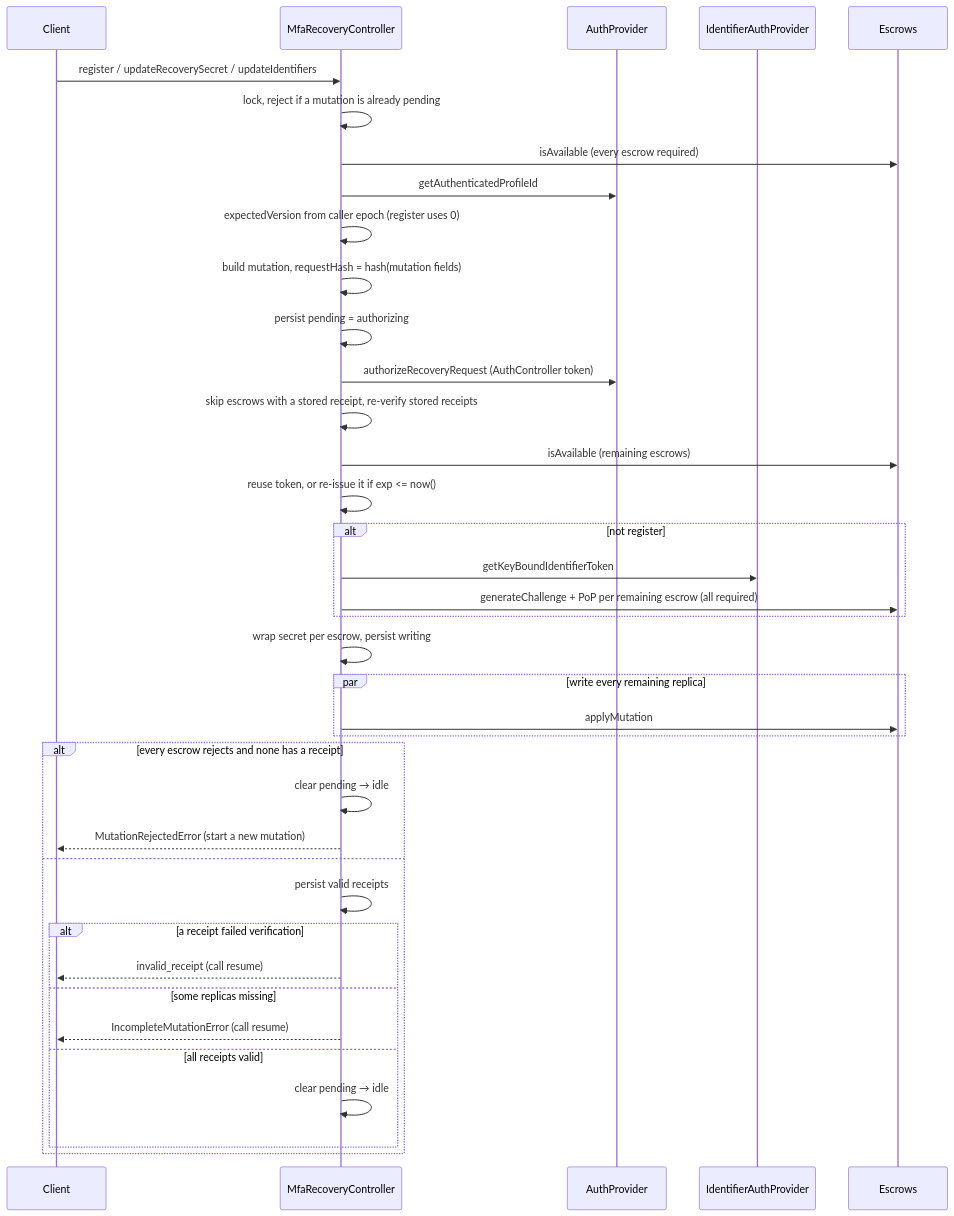
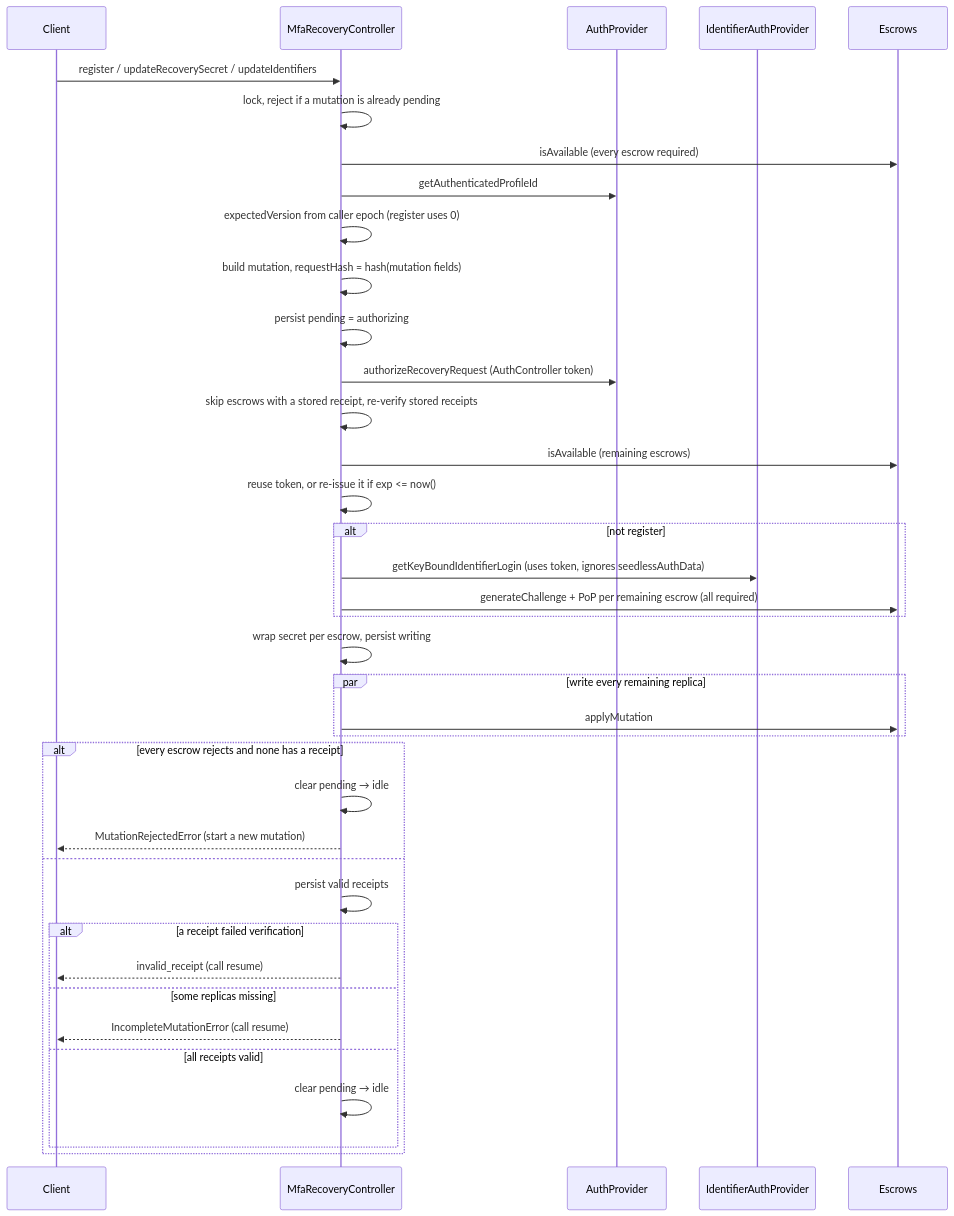
The third of 5 diagrams in packages/mfa-recovery-controller/ARCHITECTURE.md (MetaMask/controllers), drawn with Mermaid before and after one commit. The commit also changed other lines of this file and 22 other files, not shown here.

Commit message:
refactor: use single getKeyBoundIdentifierLogin and share seedless auth data types

````diff
--- a/packages/mfa-recovery-controller/ARCHITECTURE.md
+++ b/packages/mfa-recovery-controller/ARCHITECTURE.md
@@ -127,41 +127,41 @@
 ```mermaid
 sequenceDiagram
   participant C as Client
   participant M as MfaRecoveryController
   participant A as AuthProvider
   participant I as IdentifierAuthProvider
   participant E as Escrows
 
   C->>M: register / updateRecoverySecret / updateIdentifiers
   M->>M: lock, reject if a mutation is already pending
   M->>E: isAvailable (every escrow required)
   M->>A: getAuthenticatedProfileId
   M->>M: expectedVersion from caller epoch (register uses 0)
   M->>M: build mutation, requestHash = hash(mutation fields)
   M->>M: persist pending = authorizing
   M->>A: authorizeRecoveryRequest (AuthController token)
   M->>M: skip escrows with a stored receipt, re-verify stored receipts
   M->>E: isAvailable (remaining escrows)
   M->>M: reuse token, or re-issue it if exp <= now()
   alt not register
-    M->>I: getKeyBoundIdentifierToken
+    M->>I: getKeyBoundIdentifierLogin (uses token, ignores seedlessAuthData)
     M->>E: generateChallenge + PoP per remaining escrow (all required)
   end
   M->>M: wrap secret per escrow, persist writing
   par write every remaining replica
     M->>E: applyMutation
   end
   alt every escrow rejects and none has a receipt
     M->>M: clear pending → idle
     M-->>C: MutationRejectedError (start a new mutation)
   else
     M->>M: persist valid receipts
     alt a receipt failed verification
       M-->>C: invalid_receipt (call resume)
     else some replicas missing
       M-->>C: IncompleteMutationError (call resume)
     else all receipts valid
       M->>M: clear pending → idle
     end
   end
 ```
````
